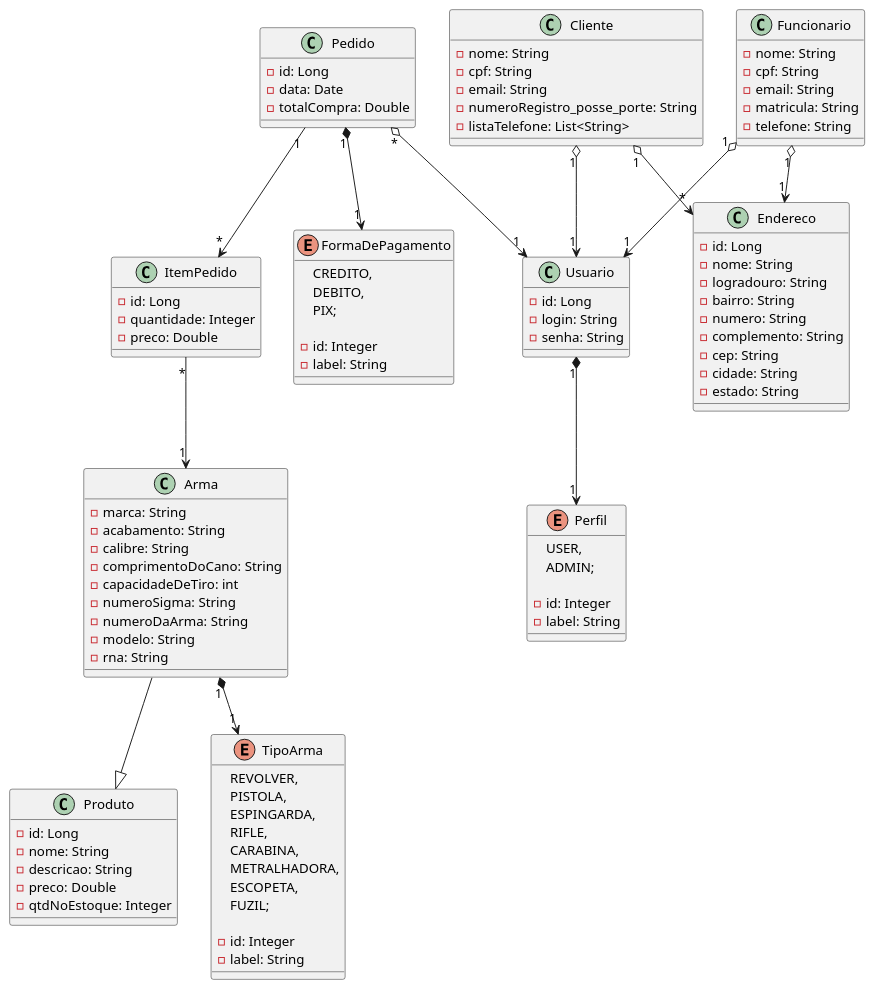
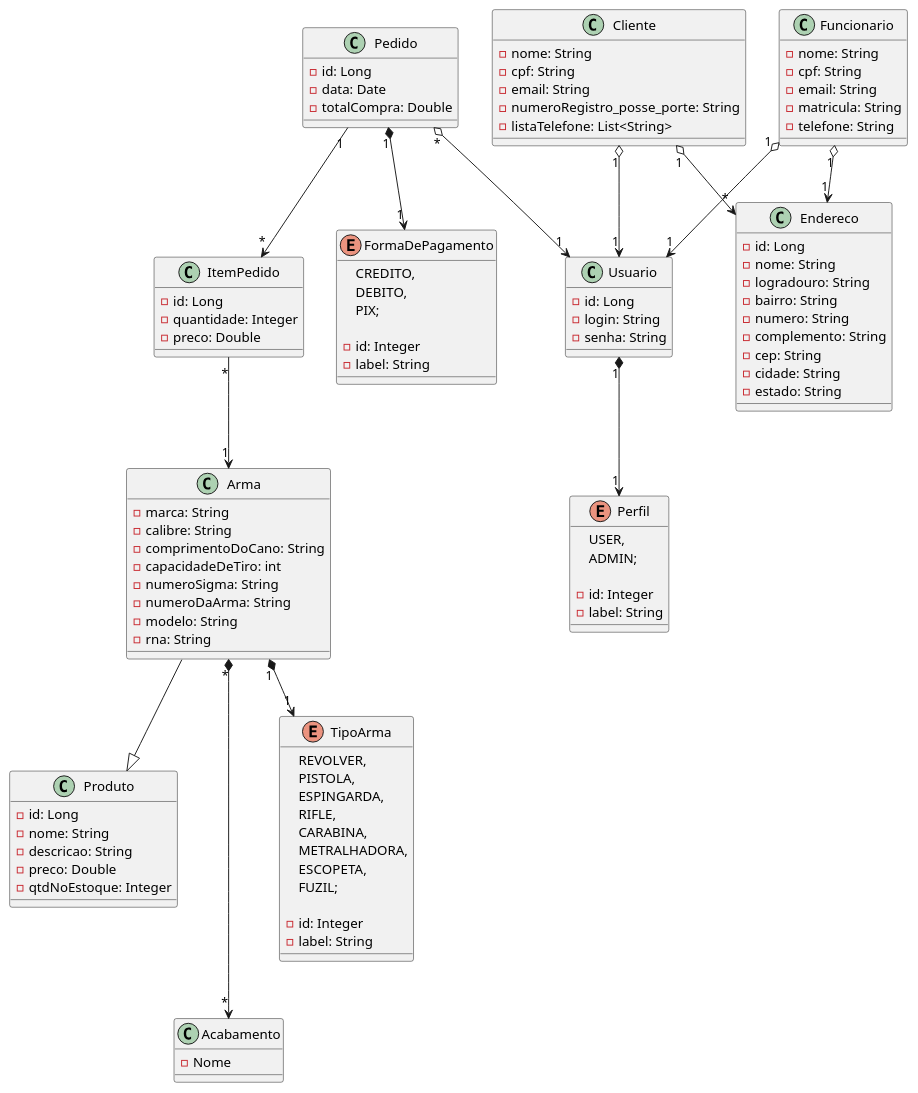
One commit to PedroVieira0406/militropa-quarkus-main changed the diagram in src/main/java/unitins/tp2/docs/uml_militropa.plantuml. Above: the diagram before and after it, drawn with PlantUML.

```diff
--- a/src/main/java/unitins/tp2/docs/uml_militropa.plantuml
+++ b/src/main/java/unitins/tp2/docs/uml_militropa.plantuml
@@ -1,118 +1,122 @@
-@startuml Tabacaria
+@startuml Eccomerce
 '========Produto========='
 class Produto{
     - id: Long
     - nome: String
     - descricao: String
     - preco: Double
     - qtdNoEstoque: Integer
 }
 
 class Arma{
     - marca: String
-    - acabamento: String
     - calibre: String
     - comprimentoDoCano: String
     - capacidadeDeTiro: int
     - numeroSigma: String
     - numeroDaArma: String
     - modelo: String
     - rna: String
+}
+
+Class Acabamento{
+    - Nome
 }
 
 enum TipoArma{
     REVOLVER,
     PISTOLA,
     ESPINGARDA,
     RIFLE,
     CARABINA,
     METRALHADORA,
     ESCOPETA,
     FUZIL;
 
     - id: Integer
     - label: String
 }
 
 '========Usuario========='
 class Usuario{
     - id: Long
     - login: String
     - senha: String
 }
 
 enum Perfil{
     USER,
     ADMIN;
 
     - id: Integer
     - label: String
 }
 
 class Funcionario{
     - nome: String
     - cpf: String
     - email: String
     - matricula: String
     - telefone: String
 }
 
 class Cliente{
     - nome: String
     - cpf: String
     - email: String
     - numeroRegistro_posse_porte: String
     - listaTelefone: List<String>
 }
 '========Venda========='
 class Pedido {
     - id: Long
     - data: Date
     - totalCompra: Double
 }
 
 class ItemPedido {
     - id: Long
     - quantidade: Integer
     - preco: Double
 }
 '========Pagamento========='
 enum FormaDePagamento {
     CREDITO,
     DEBITO,
     PIX;
 
     - id: Integer
     - label: String
 }
 '========Endereco========='
 class Endereco {
     - id: Long
     - nome: String
     - logradouro: String
     - bairro: String
     - numero: String
     - complemento: String
     - cep: String
     - cidade: String
     - estado: String
 }
 
 '========Relacionamentos========='
 
 Pedido "1" *--> "1" FormaDePagamento
 Pedido "1" --> "*" ItemPedido
 Pedido "*" o--> "1" Usuario
 
 ItemPedido "*" --> "1" Arma
 
 Usuario "1" *--> "1" Perfil
 Funcionario "1" o--> "1" Usuario
 Funcionario "1" o--> "1" Endereco
 Cliente "1" o--> "*" Endereco
 Cliente "1" o--> "1" Usuario
 
 Arma --|> Produto
 Arma "1" *--> "1" TipoArma
+Arma "*" *---> "*" Acabamento
 
 @enduml
```
